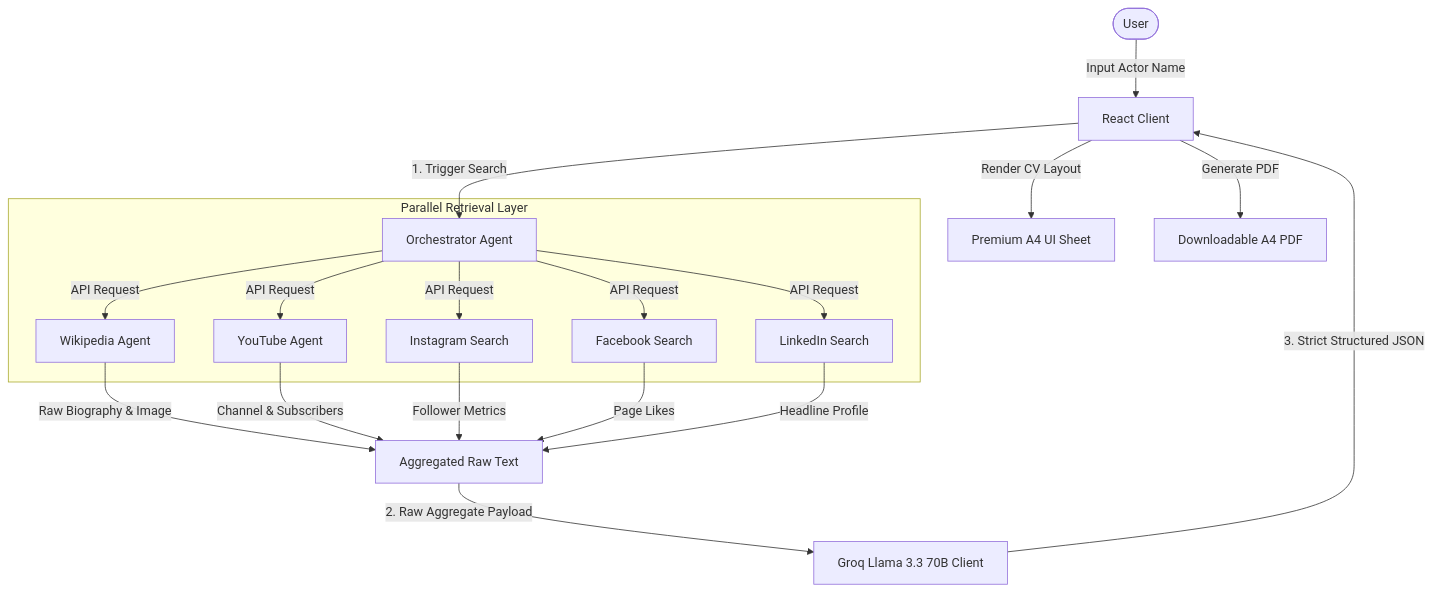
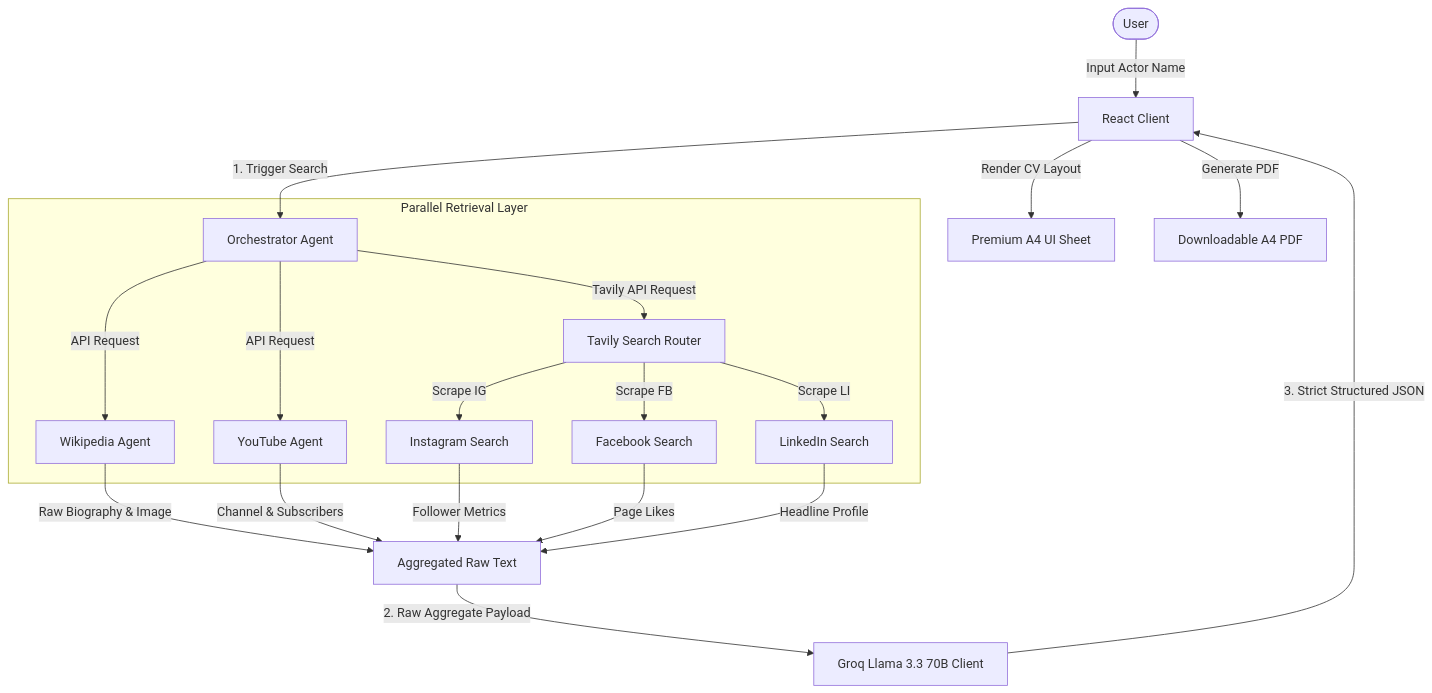
The diagram in README.md (pbhoomikadesai/StarCV), drawn with Mermaid before and after one commit. The commit also changed other lines of this file, not shown here.

Commit message:
docs: include Tavily search routing in architecture and tech stack

````diff
--- a/README.md
+++ b/README.md
@@ -11,24 +11,25 @@
 ```mermaid
 graph TD
     User([User]) -->|Input Actor Name| Client[React Client]
     Client -->|1. Trigger Search| Orch[Orchestrator Agent]
     
     subgraph Parallel Retrieval [Parallel Retrieval Layer]
         Orch -->|API Request| Wiki[Wikipedia Agent]
         Orch -->|API Request| YT[YouTube Agent]
-        Orch -->|API Request| IG[Instagram Search]
-        Orch -->|API Request| FB[Facebook Search]
-        Orch -->|API Request| LI[LinkedIn Search]
+        Orch -->|Tavily API Request| Tavily[Tavily Search Router]
+        Tavily -->|Scrape IG| IG[Instagram Search]
+        Tavily -->|Scrape FB| FB[Facebook Search]
+        Tavily -->|Scrape LI| LI[LinkedIn Search]
     end
     
     Wiki -->|Raw Biography & Image| Agg[Aggregated Raw Text]
     YT -->|Channel & Subscribers| Agg
     IG -->|Follower Metrics| Agg
     FB -->|Page Likes| Agg
     LI -->|Headline Profile| Agg
     
     Agg -->|2. Raw Aggregate Payload| Groq[Groq Llama 3.3 70B Client]
     Groq -->|3. Strict Structured JSON| Client
     Client -->|Render CV Layout| UI[Premium A4 UI Sheet]
     Client -->|Generate PDF| PDF[Downloadable A4 PDF]
 ```
````
